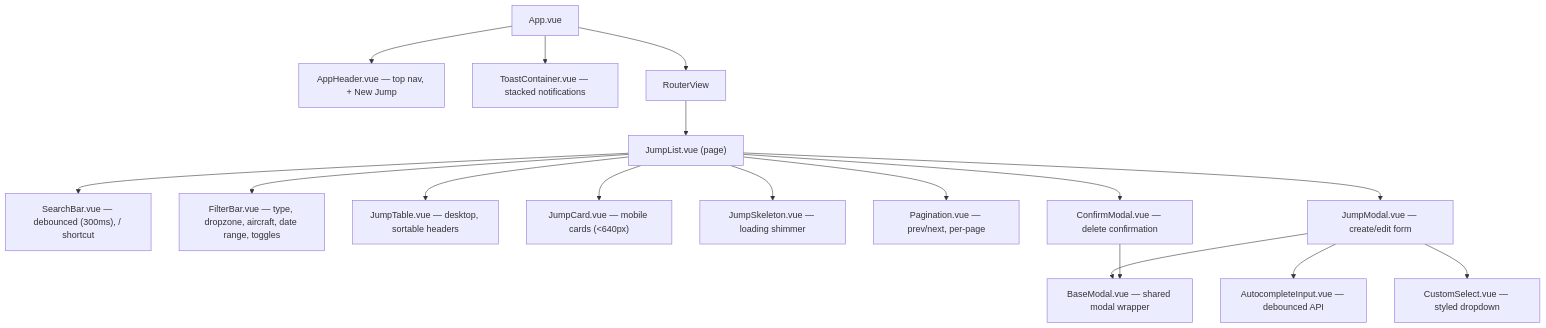
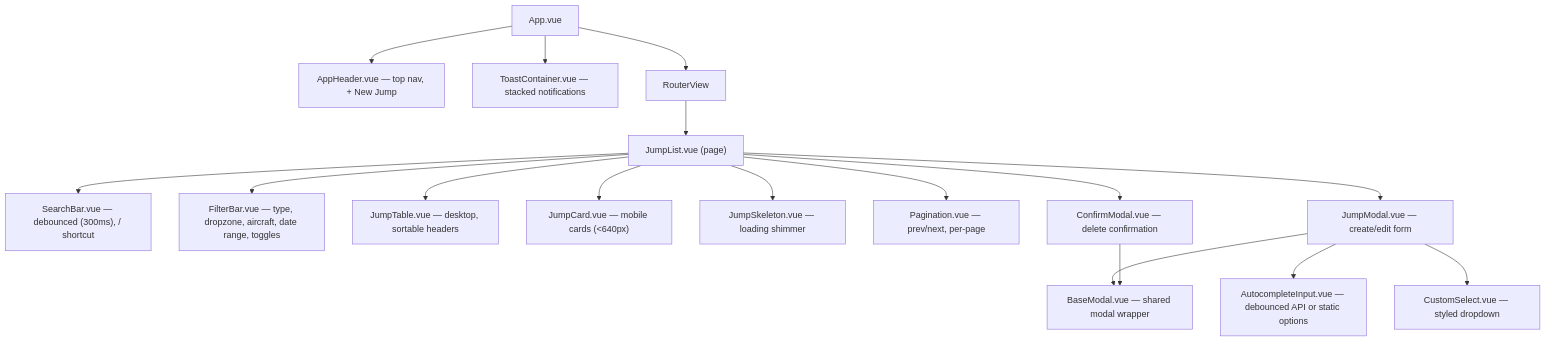
The diagram in webapp/ARCHITECTURE.md (camathieu/skybook), drawn with Mermaid before and after one commit. The commit also changed other lines of this file and 4 other files, not shown here.

First line of the commit message:
feat(webapp): add static options combobox for altitude field (ticket 010)

````diff
--- a/webapp/ARCHITECTURE.md
+++ b/webapp/ARCHITECTURE.md
@@ -74,23 +74,23 @@
 ```mermaid
 graph TD
     App["App.vue"]
     App --> Header["AppHeader.vue — top nav, + New Jump"]
     App --> Toast["ToastContainer.vue — stacked notifications"]
     App --> Router["RouterView"]
 
     Router --> JumpList["JumpList.vue (page)"]
 
     JumpList --> SearchBar["SearchBar.vue — debounced (300ms), / shortcut"]
     JumpList --> FilterBar["FilterBar.vue — type, dropzone, aircraft, date range, toggles"]
     JumpList --> JumpTable["JumpTable.vue — desktop, sortable headers"]
     JumpList --> JumpCard["JumpCard.vue — mobile cards (<640px)"]
     JumpList --> JumpSkeleton["JumpSkeleton.vue — loading shimmer"]
     JumpList --> Pagination["Pagination.vue — prev/next, per-page"]
     JumpList --> JumpModal["JumpModal.vue — create/edit form"]
     JumpList --> ConfirmModal["ConfirmModal.vue — delete confirmation"]
 
     JumpModal --> BaseModal["BaseModal.vue — shared modal wrapper"]
-    JumpModal --> Autocomplete["AutocompleteInput.vue — debounced API"]
+    JumpModal --> Autocomplete["AutocompleteInput.vue — debounced API or static options"]
     JumpModal --> CustomSelect["CustomSelect.vue — styled dropdown"]
     ConfirmModal --> BaseModal
 ```
````
